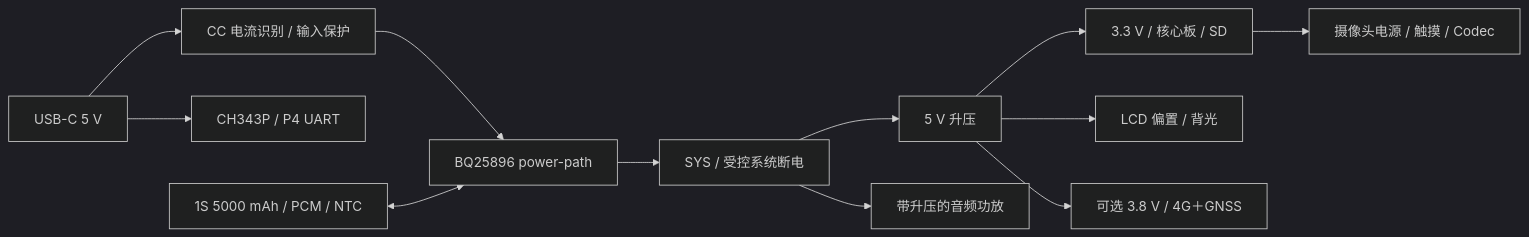
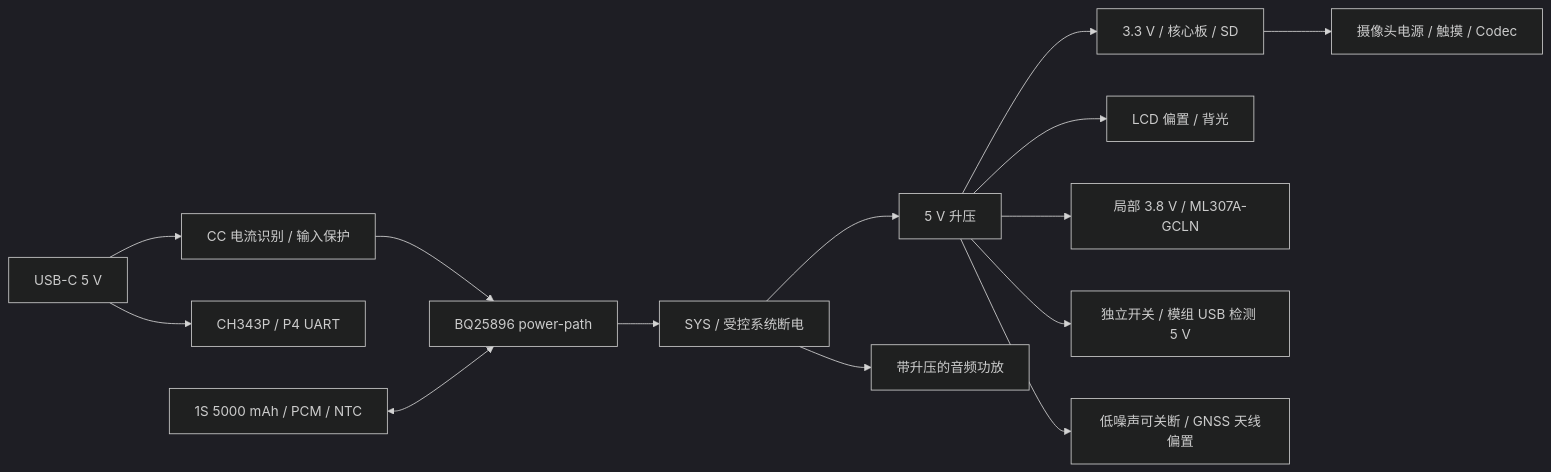
The diagram in display_board/hardware/display-carrier/README.md (sundaydayhao/odb2-car-display), drawn with Mermaid (dark theme) before and after one commit. The commit also changed other lines of this file and 7 other files, not shown here.

````diff
--- a/display_board/hardware/display-carrier/README.md
+++ b/display_board/hardware/display-carrier/README.md
@@ -79,14 +81,16 @@
 ```mermaid
 flowchart LR
   USB[USB-C 5 V] --> CC[CC 电流识别 / 输入保护]
   USB --> UART[CH343P / P4 UART]
   CC --> CHG[BQ25896 power-path]
   BAT[1S 5000 mAh / PCM / NTC] <--> CHG
   CHG --> SYS[SYS / 受控系统断电]
   SYS --> BOOST[5 V 升压]
   SYS --> AMP[带升压的音频功放]
   BOOST --> CORE[3.3 V / 核心板 / SD]
   BOOST --> LCD[LCD 偏置 / 背光]
-  BOOST --> LTE[可选 3.8 V / 4G＋GNSS]
+  BOOST --> LTE[局部 3.8 V / ML307A-GCLN]
+  BOOST --> VBUS[独立开关 / 模组 USB 检测 5 V]
+  BOOST --> GNSS[低噪声可关断 / GNSS 天线偏置]
   CORE --> CAM[摄像头电源 / 触摸 / Codec]
 ```
````
